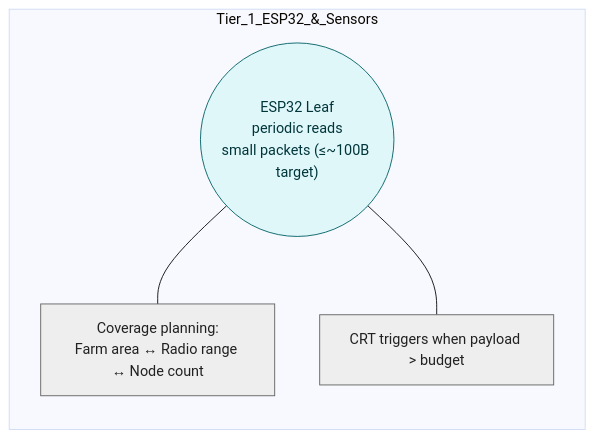
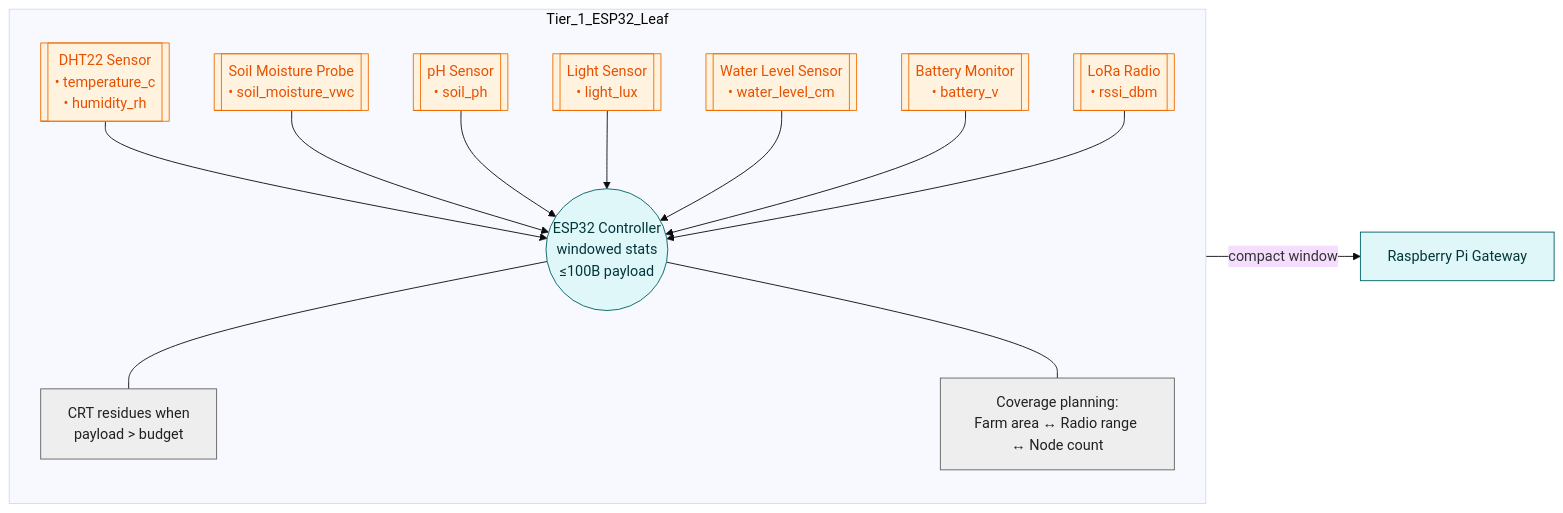
Before and after one commit to forchag/hyperledger: the diagram in mermaid diagram/figure1_three_tier_system_architecture.md, drawn with Mermaid (base theme). The commit also changed other lines of this file, not shown here.

Commit message:
docs: expand tier1 sensors diagram

````diff
--- a/mermaid diagram/figure1_three_tier_system_architecture.md
+++ b/mermaid diagram/figure1_three_tier_system_architecture.md
@@ -19,13 +19,34 @@
 ```mermaid
 flowchart LR
-  subgraph Tier_1_ESP32_&_Sensors
-    LEAF(("ESP32 Leaf\nperiodic reads\nsmall packets (≤~100B target)")):::device
+  subgraph Tier_1_ESP32_Leaf
+    direction TB
+    ESP32(("ESP32 Controller\nwindowed stats\n≤100B payload")):::device
+
+    DHT22[["DHT22 Sensor\n• temperature_c\n• humidity_rh"]]:::sensor
+    SOIL[["Soil Moisture Probe\n• soil_moisture_vwc"]]:::sensor
+    PH[["pH Sensor\n• soil_ph"]]:::sensor
+    LIGHT[["Light Sensor\n• light_lux"]]:::sensor
+    WATER[["Water Level Sensor\n• water_level_cm"]]:::sensor
+    BAT[["Battery Monitor\n• battery_v"]]:::sensor
+    RSSI[["LoRa Radio\n• rssi_dbm"]]:::sensor
+
+    DHT22 --> ESP32
+    SOIL --> ESP32
+    PH --> ESP32
+    LIGHT --> ESP32
+    WATER --> ESP32
+    BAT --> ESP32
+    RSSI --> ESP32
+
+    CRT_NOTE[CRT residues when\npayload > budget]:::note
     COV[Coverage planning:\nFarm area ↔ Radio range ↔ Node count]:::note
-    CRT_NOTE[CRT triggers when payload > budget]:::note
   end
-  LEAF --- COV
-  LEAF --- CRT_NOTE
+
+  ESP32 -->|compact window| PI_GW["Raspberry Pi Gateway"]:::device
+  ESP32 --- CRT_NOTE
+  ESP32 --- COV
 
   classDef device fill:#e0f7fa,stroke:#006064,color:#00363a;
+  classDef sensor fill:#fff3e0,stroke:#ef6c00,color:#e65100;
   classDef note fill:#eeeeee,stroke:#616161,color:#212121;
 ```
````
